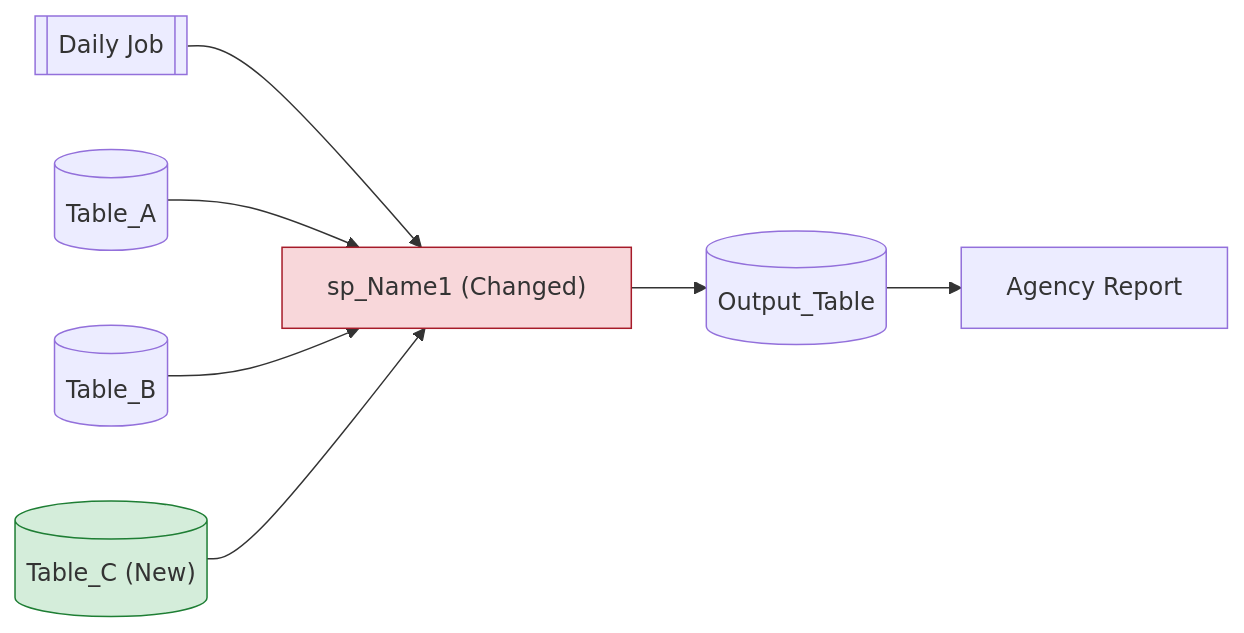
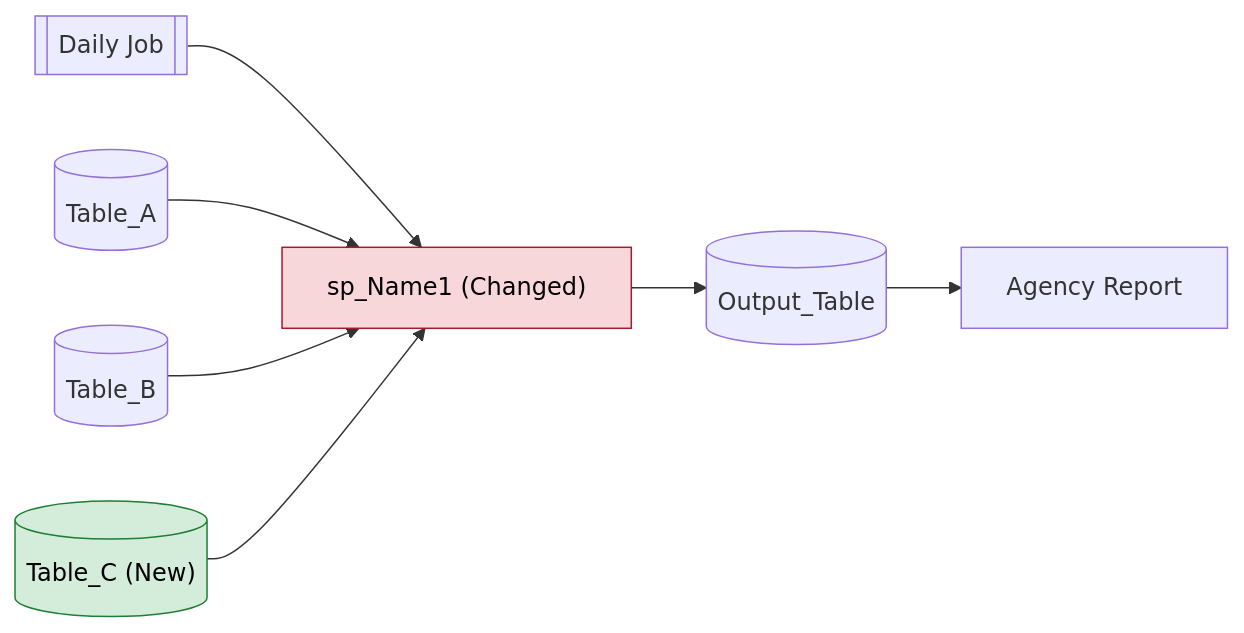
Before and after one commit to lvccwk/agent-workflow: the second of 6 diagrams in docs/SQL_Developer/standard/CR_Report_Template_Business.md, drawn with Mermaid. The commit also changed other lines of this file and 1 other file, not shown here.

````diff
--- a/docs/SQL_Developer/standard/CR_Report_Template_Business.md
+++ b/docs/SQL_Developer/standard/CR_Report_Template_Business.md
@@ -57,11 +57,11 @@
 ```mermaid
 flowchart LR
     JOB[["Daily Job"]] --> SP1["sp_Name1 (Changed)"]
     T1[("Table_A")] --> SP1
     T2[("Table_B")] --> SP1
     T3[("Table_C (New)")] --> SP1
     SP1 --> OUT[("Output_Table")]
     OUT --> RPT["Agency Report"]
-    style SP1 fill:#f8d7da,stroke:#a61b29
-    style T3 fill:#d4edda,stroke:#1e7e34
+    style SP1 fill:#f8d7da,stroke:#a61b29,color:#000000
+    style T3 fill:#d4edda,stroke:#1e7e34,color:#000000
 ```
````
